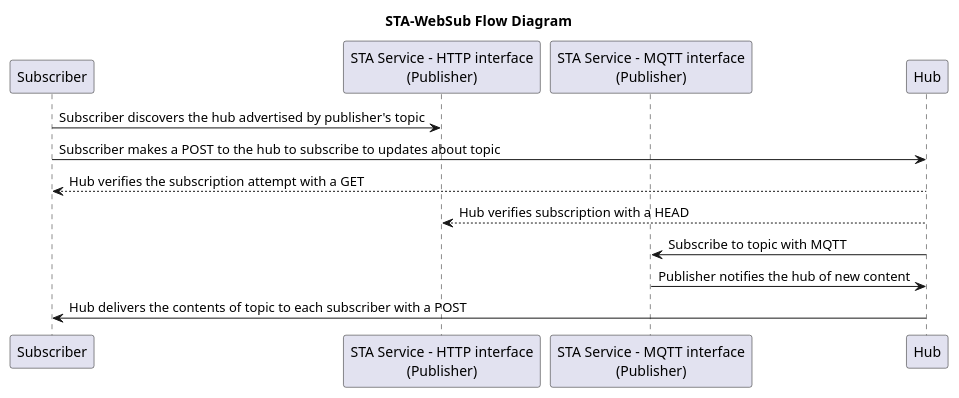
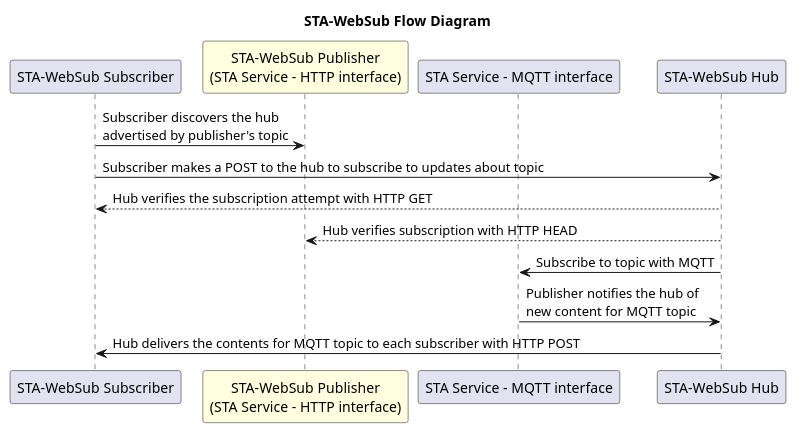
One commit to opengeospatial/sensorthings changed the second of 2 diagrams in sections/clause_6_informative_text.adoc. Above: the diagram before and after it, drawn with PlantUML. The commit also changed other lines of this file and 25 other files, not shown here.

```diff
--- a/sections/clause_6_informative_text.adoc
+++ b/sections/clause_6_informative_text.adoc
@@ -54,24 +64,24 @@
 [plantuml]
 ....
 @startuml
 
 title STA-WebSub Flow Diagram
 
-participant Subscriber
-participant "STA Service - HTTP interface\n(Publisher)"
-participant "STA Service - MQTT interface\n(Publisher)"
-participant Hub
+participant "STA-WebSub Subscriber"
+participant "STA-WebSub Publisher\n(STA Service - HTTP interface)" #lightYellow
+participant "STA Service - MQTT interface"
+participant "STA-WebSub Hub"
 
-Subscriber -> "STA Service - HTTP interface\n(Publisher)": Subscriber discovers the hub advertised by publisher's topic
-Subscriber -> Hub: Subscriber makes a POST to the hub to subscribe to updates about topic
+"STA-WebSub Subscriber" -> "STA-WebSub Publisher\n(STA Service - HTTP interface)": Subscriber discovers the hub\nadvertised by publisher's topic
+"STA-WebSub Subscriber" -> "STA-WebSub Hub": Subscriber makes a POST to the hub to subscribe to updates about topic
 
-Hub --> Subscriber: Hub verifies the subscription attempt with a GET
-Hub --> "STA Service - HTTP interface\n(Publisher)": Hub verifies subscription with a HEAD
+"STA-WebSub Hub" --> "STA-WebSub Subscriber": Hub verifies the subscription attempt with HTTP GET
+"STA-WebSub Hub" --> "STA-WebSub Publisher\n(STA Service - HTTP interface)": Hub verifies subscription with HTTP HEAD
 
-Hub -> "STA Service - MQTT interface\n(Publisher)": Subscribe to topic with MQTT
+"STA-WebSub Hub" -> "STA Service - MQTT interface": Subscribe to topic with MQTT
 
-"STA Service - MQTT interface\n(Publisher)" -> Hub: Publisher notifies the hub of new content
-Hub -> Subscriber: Hub delivers the contents of topic to each subscriber with a POST
+"STA Service - MQTT interface" -> "STA-WebSub Hub": Publisher notifies the hub of\nnew content for MQTT topic
+"STA-WebSub Hub" -> "STA-WebSub Subscriber": Hub delivers the contents for MQTT topic to each subscriber with HTTP POST
 
 @enduml
 ....
```
